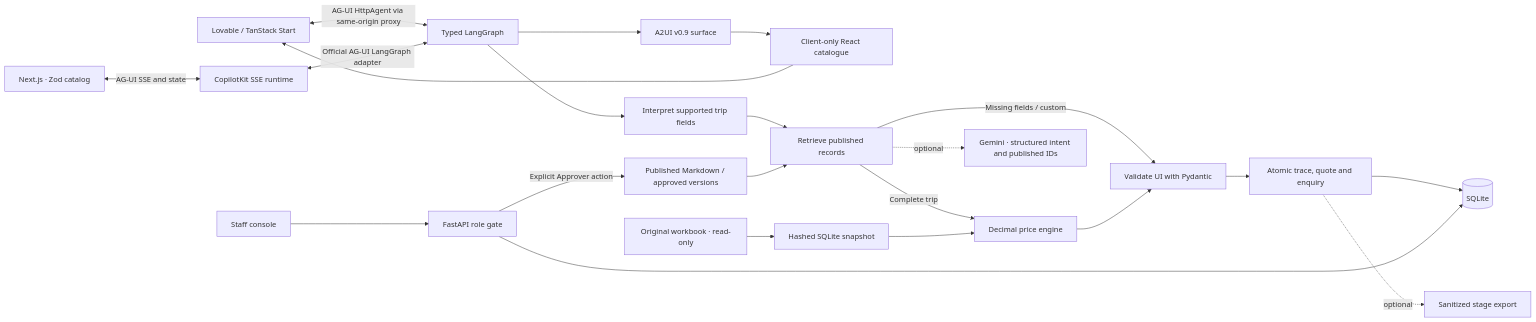
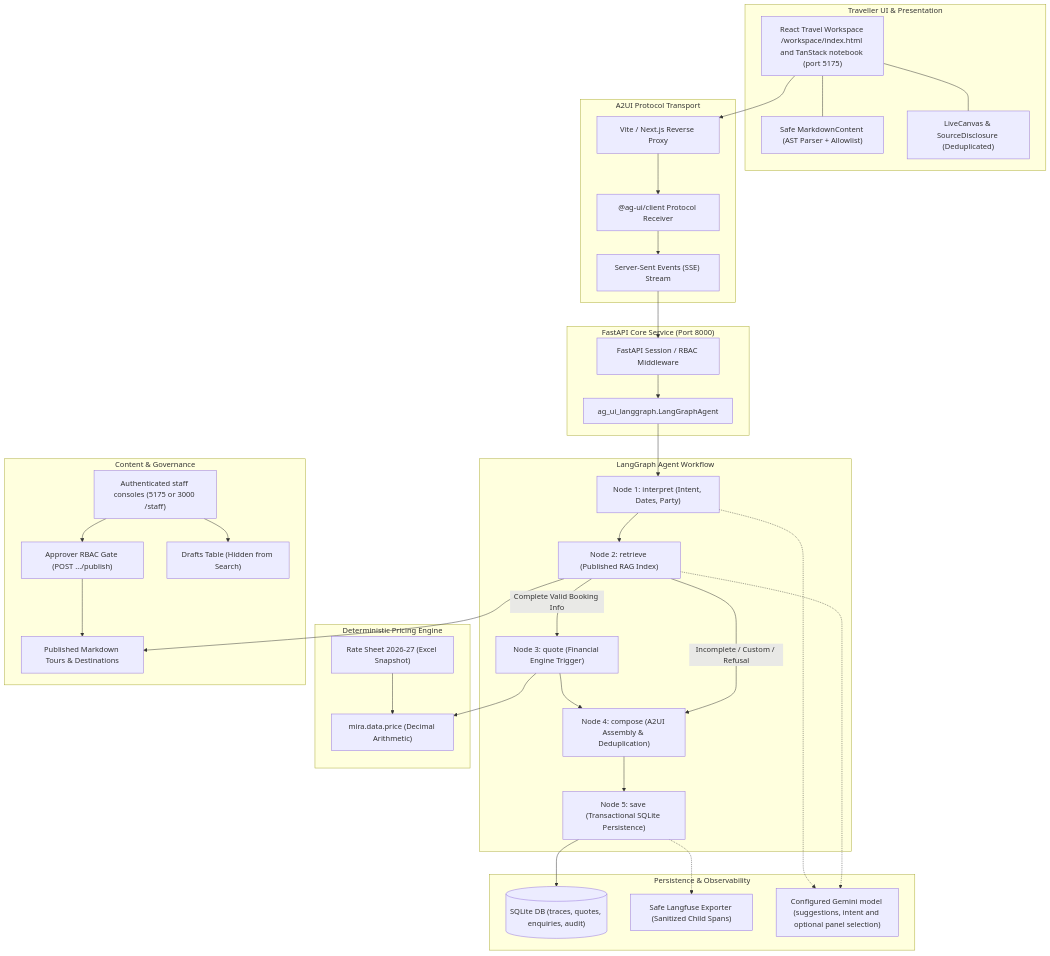
Before and after one commit to Denuwan392/mira-ai-travel-concierge: the diagram in docs/ARCHITECTURE.md, drawn with Mermaid. The commit also changed other lines of this file and 95 other files, not shown here.

Commit message:
docs: add system audits, architecture updates, demo checklists, and screenshots

````diff
--- a/docs/ARCHITECTURE.md
+++ b/docs/ARCHITECTURE.md
@@ -3,24 +7,66 @@
 ```mermaid
-flowchart LR
-    Traveller["Lovable / TanStack Start"] <-->|"AG-UI HttpAgent via same-origin proxy"| Graph
-    Graph --> Surface["A2UI v0.9 surface"]
-    Surface --> Renderer["Client-only React catalogue"]
-    Renderer --> Traveller
-    Browser["Next.js · Zod catalog"] <-->|"AG-UI SSE and state"| Runtime["CopilotKit SSE runtime"]
-    Runtime <-->|"Official AG-UI LangGraph adapter"| Graph["Typed LangGraph"]
-    Graph --> Interpret["Interpret supported trip fields"]
-    Interpret --> Retrieve["Retrieve published records"]
-    Retrieve -->|Complete trip| Pricing["Decimal price engine"]
-    Retrieve -->|Missing fields / custom| UI["Validate UI with Pydantic"]
-    Pricing --> UI
-    UI --> Persist["Atomic trace, quote and enquiry"]
-    Persist --> SQLite[("SQLite")]
-    Workbook["Original workbook · read-only"] --> Snapshot["Hashed SQLite snapshot"]
-    Snapshot --> Pricing
-    Published["Published Markdown / approved versions"] --> Retrieve
-    Retrieve -. optional .-> Gemini["Gemini · structured intent and published IDs"]
-    Persist -. optional .-> Langfuse["Sanitized stage export"]
-    Staff["Staff console"] --> Roles["FastAPI role gate"]
-    Roles --> SQLite
-    Roles -->|Explicit Approver action| Published
+flowchart TD
+    subgraph ClientLayer["Traveller UI & Presentation"]
+        Traveller["React Travel Workspace /workspace/index.html and TanStack notebook (port 5175)"]
+        MarkdownRenderer["Safe MarkdownContent (AST Parser + Allowlist)"]
+        Canvas["LiveCanvas & SourceDisclosure (Deduplicated)"]
+        Traveller --- MarkdownRenderer
+        Traveller --- Canvas
+    end
+
+    subgraph TransportLayer["A2UI Protocol Transport"]
+        Proxy["Vite / Next.js Reverse Proxy"]
+        AGUIClient["@ag-ui/client Protocol Receiver"]
+        SSEStream["Server-Sent Events (SSE) Stream"]
+        Traveller --> Proxy --> AGUIClient --> SSEStream
+    end
+
+    subgraph APILayer["FastAPI Core Service (Port 8000)"]
+        AuthMiddleware["FastAPI Session / RBAC Middleware"]
+        Adapter["ag_ui_langgraph.LangGraphAgent"]
+        SSEStream --> AuthMiddleware --> Adapter
+    end
+
+    subgraph OrchestrationLayer["LangGraph Agent Workflow"]
+        Interpret["Node 1: interpret (Intent, Dates, Party)"]
+        Retrieve["Node 2: retrieve (Published RAG Index)"]
+        QuoteNode["Node 3: quote (Financial Engine Trigger)"]
+        Compose["Node 4: compose (A2UI Assembly & Deduplication)"]
+        Save["Node 5: save (Transactional SQLite Persistence)"]
+
+        Adapter --> Interpret
+        Interpret --> Retrieve
+        Retrieve -->|Complete Valid Booking Info| QuoteNode --> Compose
+        Retrieve -->|Incomplete / Custom / Refusal| Compose
+        Compose --> Save
+    end
+
+    subgraph FinancialLayer["Deterministic Pricing Engine"]
+        Workbook["Rate Sheet 2026-27 (Excel Snapshot)"]
+        PriceCalc["mira.data.price (Decimal Arithmetic)"]
+        QuoteNode --> PriceCalc
+        Workbook --> PriceCalc
+    end
+
+    subgraph KnowledgeLayer["Content & Governance"]
+        MarkdownDocs["Published Markdown Tours & Destinations"]
+        StaffReview["Authenticated staff consoles (5175 or 3000 /staff)"]
+        Approver["Approver RBAC Gate (POST .../publish)"]
+        Drafts["Drafts Table (Hidden from Search)"]
+        
+        Retrieve --> MarkdownDocs
+        StaffReview --> Approver --> MarkdownDocs
+        StaffReview --> Drafts
+    end
+
+    subgraph TelemetryLayer["Persistence & Observability"]
+        SQLite[("SQLite DB (traces, quotes, enquiries, audit)")]
+        LangfuseExport["Safe Langfuse Exporter (Sanitized Child Spans)"]
+        GeminiLive["Configured Gemini model (suggestions, intent and optional panel selection)"]
+
+        Save --> SQLite
+        Save -.-> LangfuseExport
+        Interpret -.-> GeminiLive
+        Retrieve -.-> GeminiLive
+    end
 ```
````
